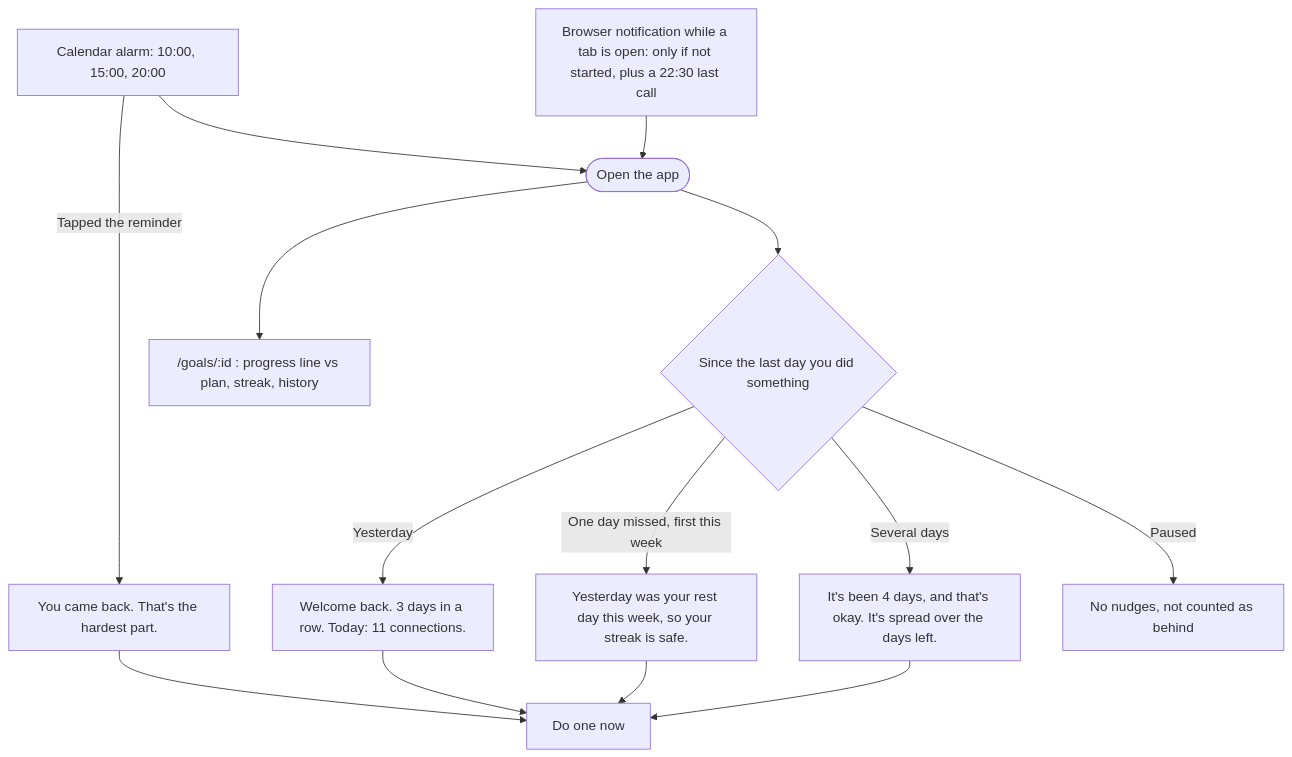
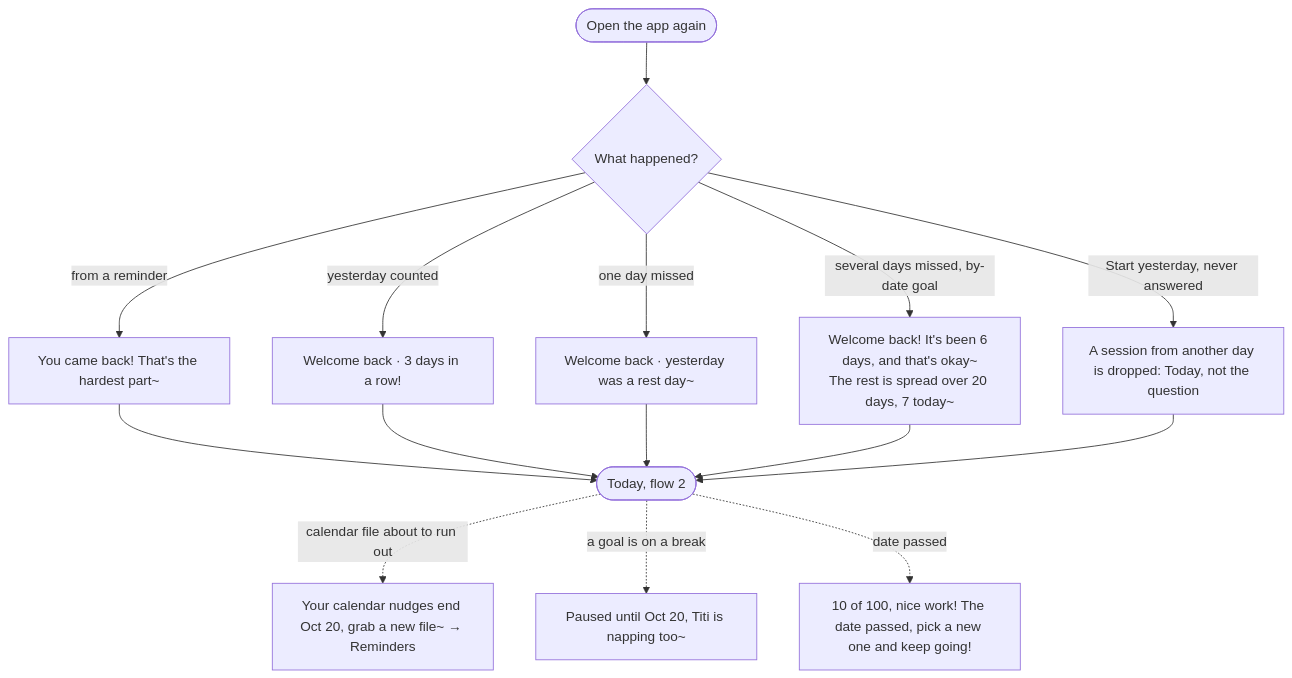
Before and after one commit to jessieyiqichen/dbs-a3: the third of 4 diagrams in flows.md, drawn with Mermaid. The commit also changed other lines of this file and 4 other files, not shown here.

First line of the commit message:
docs: flows, every state, accessibility results, and credits

````diff
--- a/flows.md
+++ b/flows.md
@@ -61,13 +57,13 @@
 ```mermaid
 flowchart TD
-    N1[Calendar alarm: 10:00, 15:00, 20:00] --> O([Open the app])
-    N2["Browser notification while a tab is open: only if not started, plus a 22:30 last call"] --> O
-    N1 -->|Tapped the reminder| F["You came back. That's the hardest part."]
-    O --> Q{Since the last day you did something}
-    Q -->|Yesterday| A["Welcome back. 3 days in a row. Today: 11 connections."]
-    Q -->|One day missed, first this week| R["Yesterday was your rest day this week, so your streak is safe."]
-    Q -->|Several days| B["It's been 4 days, and that's okay. It's spread over the days left."]
-    Q -->|Paused| P[No nudges, not counted as behind]
-    F & A & R & B --> T[Do one now]
-    O --> H["/goals/:id : progress line vs plan, streak, history"]
+    C([Open the app again]) --> K{What happened?}
+    K -->|from a reminder| N1["You came back! That's the hardest part~"]
+    K -->|yesterday counted| N2["Welcome back · 3 days in a row!"]
+    K -->|one day missed| N3["Welcome back · yesterday was a rest day~"]
+    K -->|several days missed, by-date goal| N4["Welcome back! It's been 6 days, and that's okay~\nThe rest is spread over 20 days, 7 today~"]
+    K -->|Start yesterday, never answered| N5["A session from another day is dropped: Today, not the question"]
+    N1 & N2 & N3 & N4 & N5 --> T([Today, flow 2])
+    T -.->|calendar file about to run out| CAL["Your calendar nudges end Oct 20, grab a new file~ → Reminders"]
+    T -.->|a goal is on a break| P["Paused until Oct 20, Titi is napping too~"]
+    T -.->|date passed| DP["10 of 100, nice work! The date passed, pick a new one and keep going!"]
 ```
````
